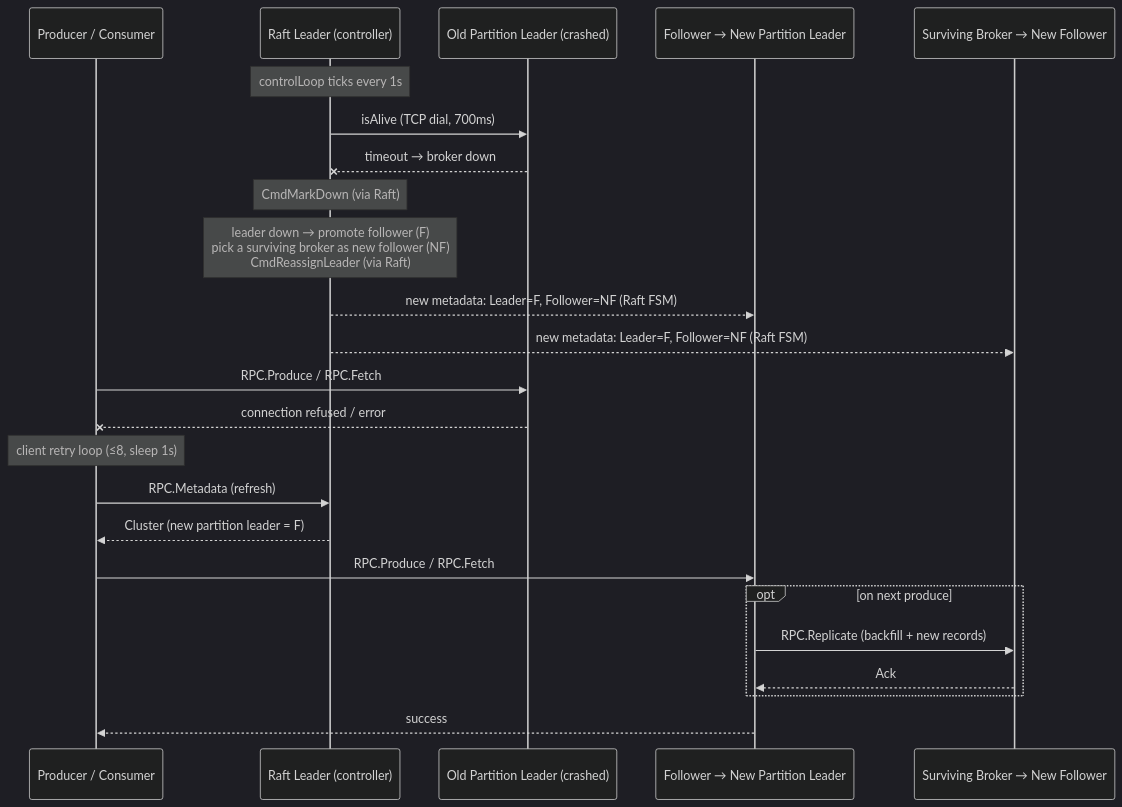
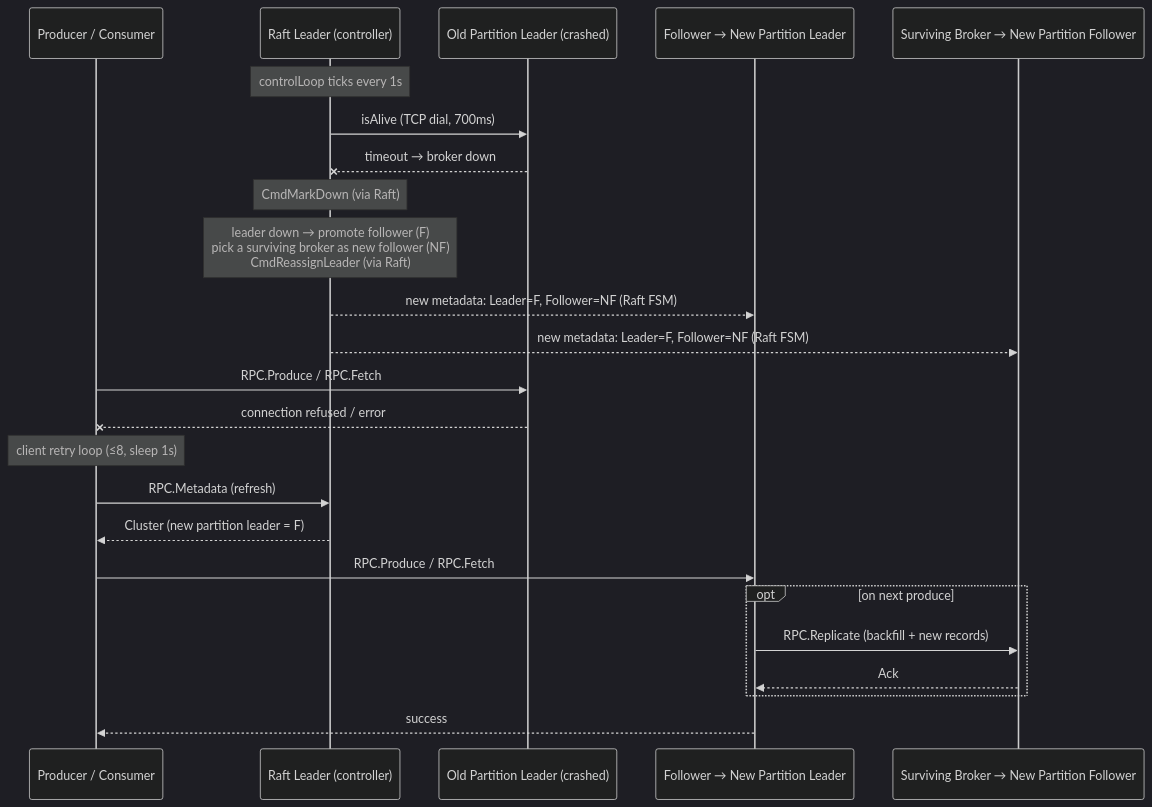
The third of 3 diagrams in report.md (theotimeflichy/trixps), drawn with Mermaid (dark theme) before and after one commit. The commit also changed other lines of this file, not shown here.

````diff
--- a/report.md
+++ b/report.md
@@ -112,26 +112,26 @@
 ```mermaid
 sequenceDiagram
     participant PC as Producer / Consumer
     participant RL as Raft Leader (controller)
     participant L as Old Partition Leader (crashed)
     participant F as Follower → New Partition Leader
-    participant NF as Surviving Broker → New Follower
+    participant NF as Surviving Broker → New Partition Follower
     Note over RL: controlLoop ticks every 1s
     RL->>L: isAlive (TCP dial, 700ms)
     L--xRL: timeout → broker down
     Note over RL: CmdMarkDown (via Raft)
     Note over RL: leader down → promote follower (F)<br/>pick a surviving broker as new follower (NF)<br/>CmdReassignLeader (via Raft)
     RL-->>F: new metadata: Leader=F, Follower=NF (Raft FSM)
     RL-->>NF: new metadata: Leader=F, Follower=NF (Raft FSM)
     PC->>L: RPC.Produce / RPC.Fetch
     L--xPC: connection refused / error
     Note over PC: client retry loop (≤8, sleep 1s)
     PC->>RL: RPC.Metadata (refresh)
     RL-->>PC: Cluster (new partition leader = F)
     PC->>F: RPC.Produce / RPC.Fetch
     opt on next produce
         F->>NF: RPC.Replicate (backfill + new records)
         NF-->>F: Ack
     end
     F-->>PC: success
 ```
````
